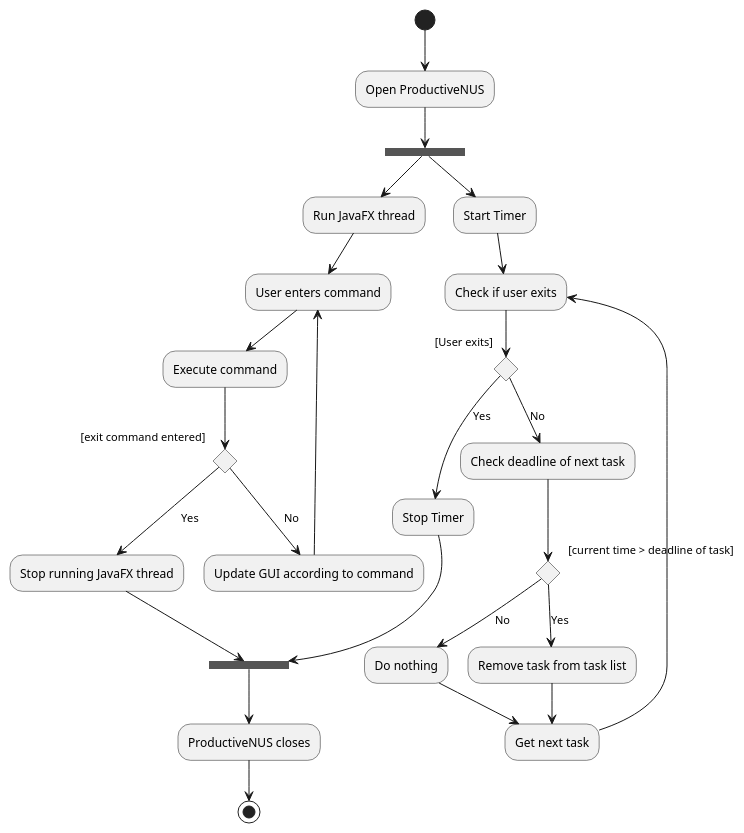
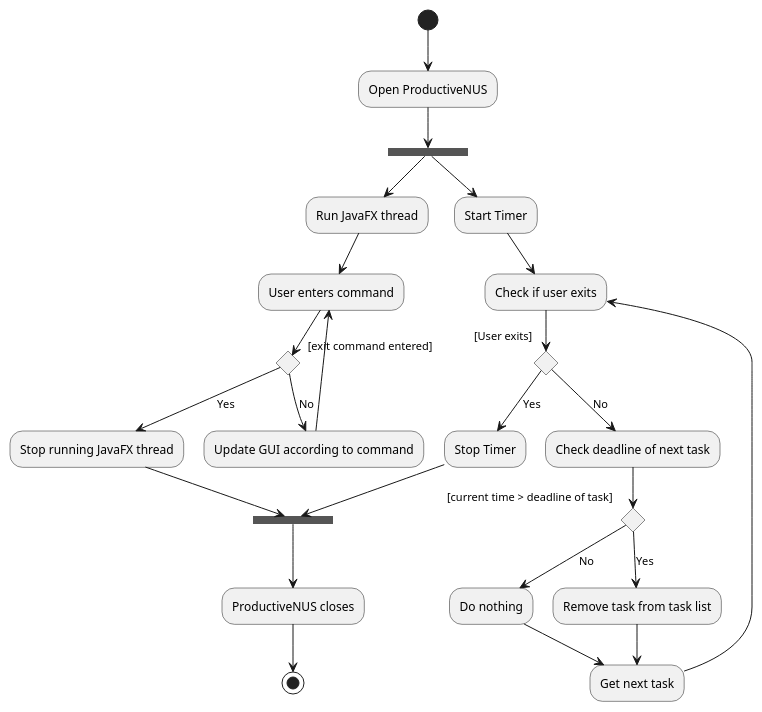
The diagram in docs/diagrams/AutoUpdateTaskListActivityDiagram.puml (nus-cs2103-AY2021S1/tp), drawn with PlantUML before and after one commit. The commit also changed 1 other file, not shown here.

Commit message:
Remove execute command

```diff
--- a/docs/diagrams/AutoUpdateTaskListActivityDiagram.puml
+++ b/docs/diagrams/AutoUpdateTaskListActivityDiagram.puml
@@ -1,33 +1,32 @@
 @startuml
 (*)  --> "Open ProductiveNUS"
 --> ===B1===
 --> "Run JavaFX thread"
 --> "User enters command"
---> "Execute command"
 If "[exit command entered]" then
 --> [Yes] "Stop running JavaFX thread"
 --> ===B2===
 else
 --> [No] "Update GUI according to command"
 --> "User enters command"
 Endif
 
 ===B1=== --> "Start Timer"
 --> Check if user exits
 If "[User exits]" then
 --> [No] "Check deadline of next task"
 "Check deadline of next task" --> If "[current time > deadline of task]" then
     --> [Yes] "Remove task from task list"
     --> "Get next task"
     else
     --> [No] "Do nothing"
     --> "Get next task"
     Endif
 "Get next task" --> "Check if user exits"
 else
 --> [Yes] "Stop Timer"
 --> ===B2===
 EndIf
 ===B2=== --> "ProductiveNUS closes"
 -->(*)
 @enduml
```
